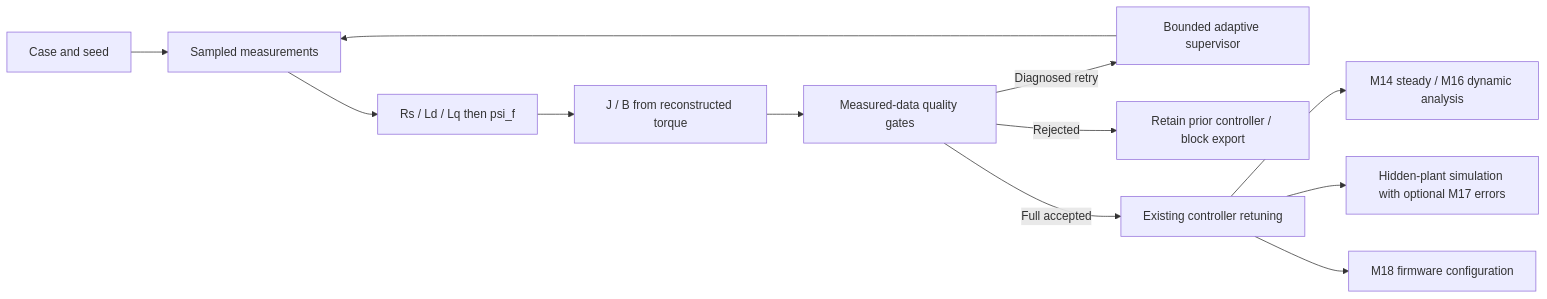
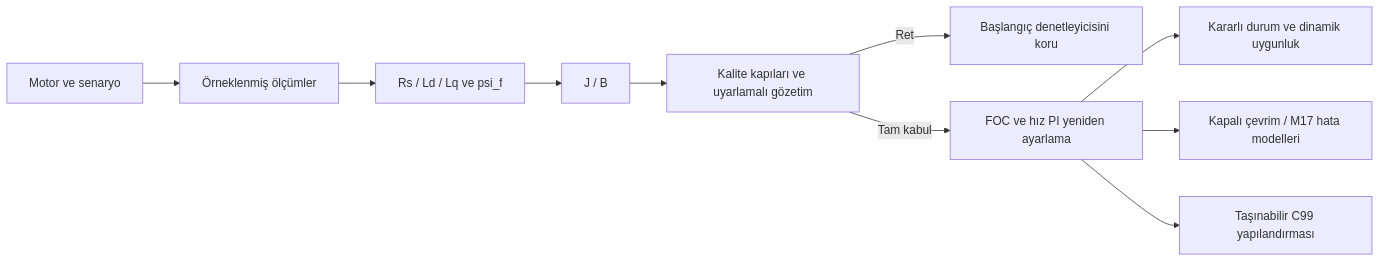
The diagram in README.md (terogra/self-commissioning-pmsm-drive), drawn with Mermaid before and after one commit. The commit also changed other lines of this file and 44 other files, not shown here.

````diff
--- a/README.md
+++ b/README.md
@@ -29,14 +81,12 @@
 ```mermaid
 flowchart LR
-    C[Case and seed] --> M[Sampled measurements]
-    M --> E[Rs / Ld / Lq then psi_f]
-    E --> J[J / B from reconstructed torque]
-    J --> Q[Measured-data quality gates]
-    Q -->|Diagnosed retry| A[Bounded adaptive supervisor]
-    A --> M
-    Q -->|Rejected| R[Retain prior controller / block export]
-    Q -->|Full accepted| T[Existing controller retuning]
-    T --> F[M14 steady / M16 dynamic analysis]
-    T --> V[Hidden-plant simulation with optional M17 errors]
-    T --> H[M18 firmware configuration]
+    S[Motor ve senaryo] --> M[Örneklenmiş ölçümler]
+    M --> E[Rs / Ld / Lq ve psi_f]
+    E --> J[J / B]
+    J --> Q[Kalite kapıları ve uyarlamalı gözetim]
+    Q -->|Ret| R[Başlangıç denetleyicisini koru]
+    Q -->|Tam kabul| C[FOC ve hız PI yeniden ayarlama]
+    C --> F[Kararlı durum ve dinamik uygunluk]
+    C --> V[Kapalı çevrim / M17 hata modelleri]
+    C --> H[Taşınabilir C99 yapılandırması]
 ```
````
